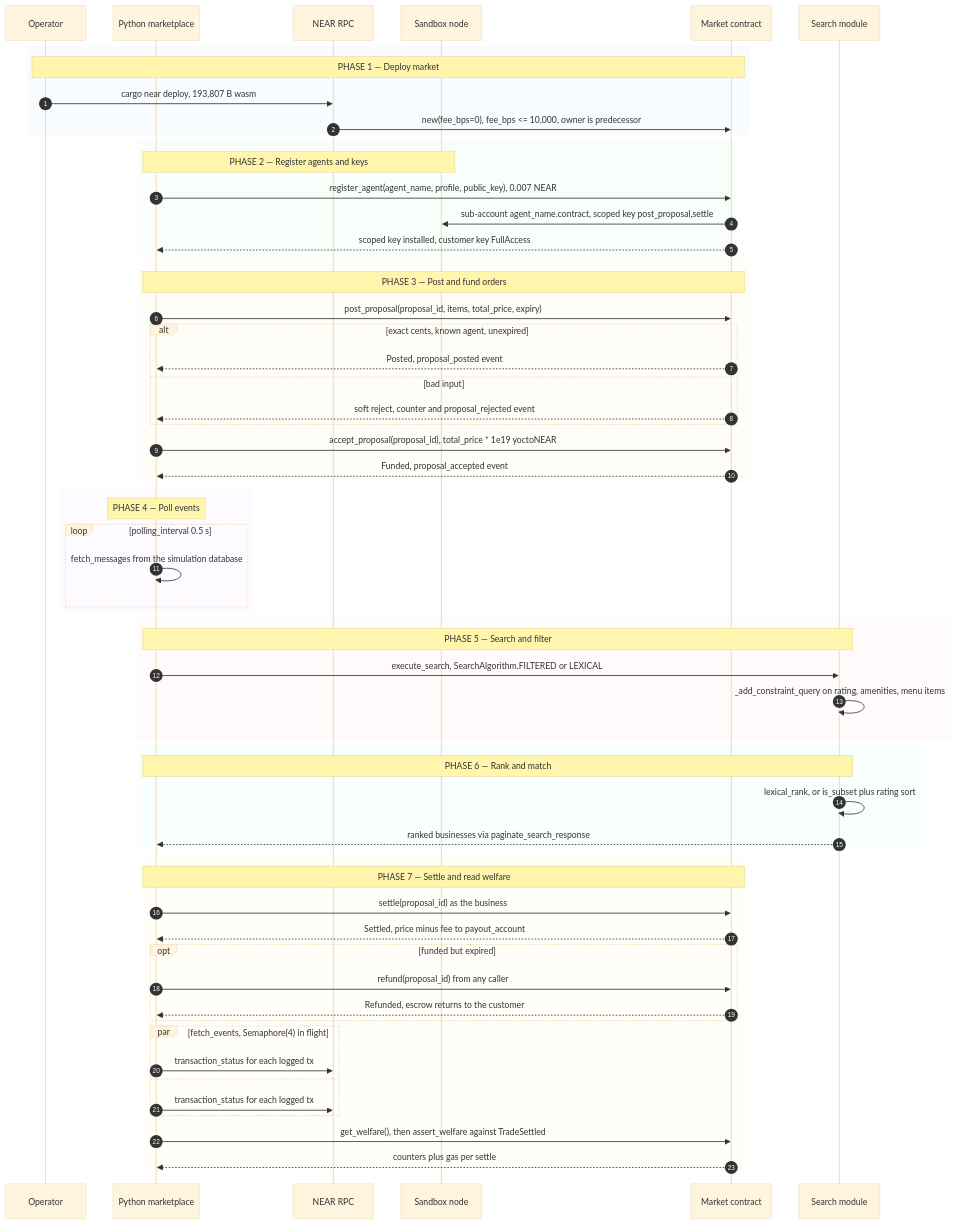
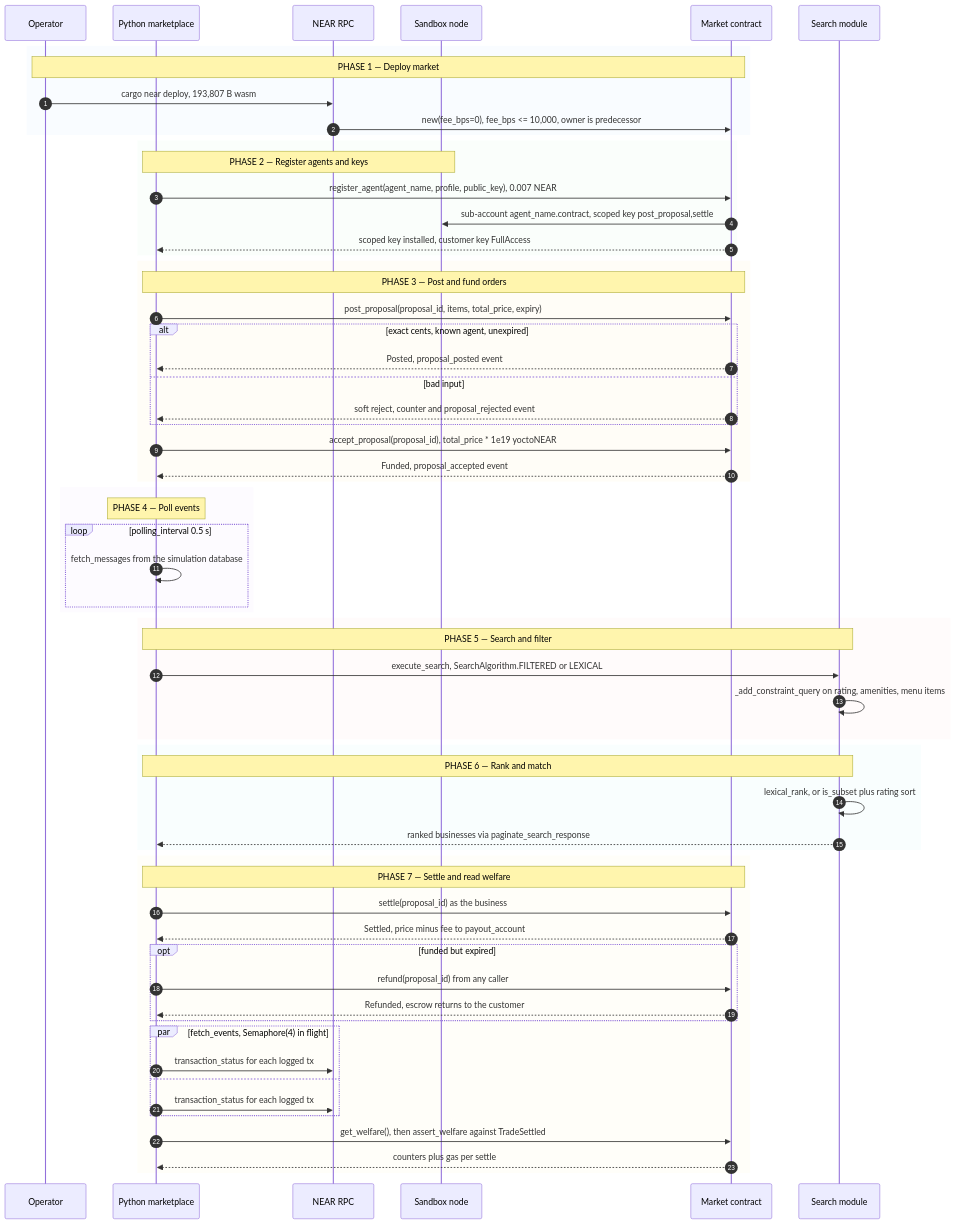
One commit to p3dr0-coder/two-sided-agent-market changed the diagram in README.md. Above: the diagram before and after it, drawn with Mermaid.

Commit message:
docs(ekklesia): let diagram follow the reader theme

````diff
--- a/README.md
+++ b/README.md
@@ -5,67 +5,66 @@
 ```mermaid
-%%{init: {"theme":"base","themeVariables":{"fontSize":"14px"}}}%%
 sequenceDiagram
     accTitle: ekklesia runtime flow
     accDescr: Operator deploys the market, registers agents, runs scripted orders, then settles and reads welfare.
     autonumber
     participant U as Operator
     participant P as Python marketplace
     participant R as NEAR RPC
     participant B as Sandbox node
     participant M as Market contract
     participant S as Search module
     rect rgba(226,238,255,0.20)
     Note over U,M: PHASE 1 — Deploy market
     U->>R: cargo near deploy, 193,807 B wasm
     R->>M: new(fee_bps=0), fee_bps <= 10,000, owner is predecessor
     end
     rect rgba(230,247,235,0.20)
     Note over P,B: PHASE 2 — Register agents and keys
     P->>M: register_agent(agent_name, profile, public_key), 0.007 NEAR
     M->>B: sub-account agent_name.contract, scoped key post_proposal,settle
     M-->>P: scoped key installed, customer key FullAccess
     end
     rect rgba(255,244,214,0.20)
     Note over P,M: PHASE 3 — Post and fund orders
     P->>M: post_proposal(proposal_id, items, total_price, expiry)
     alt exact cents, known agent, unexpired
     M-->>P: Posted, proposal_posted event
     else bad input
     M-->>P: soft reject, counter and proposal_rejected event
     end
     P->>M: accept_proposal(proposal_id), total_price * 1e19 yoctoNEAR
     M-->>P: Funded, proposal_accepted event
     end
     rect rgba(243,232,255,0.20)
     Note over P: PHASE 4 — Poll events
     loop polling_interval 0.5 s
     P->>P: fetch_messages from the simulation database
     end
     end
     rect rgba(255,232,232,0.20)
     Note over P,S: PHASE 5 — Search and filter
     P->>S: execute_search, SearchAlgorithm.FILTERED or LEXICAL
     S->>S: _add_constraint_query on rating, amenities, menu items
     end
     rect rgba(224,247,250,0.20)
     Note over P,S: PHASE 6 — Rank and match
     S->>S: lexical_rank, or is_subset plus rating sort
     S-->>P: ranked businesses via paginate_search_response
     end
     rect rgba(255,248,225,0.20)
     Note over P,M: PHASE 7 — Settle and read welfare
     P->>M: settle(proposal_id) as the business
     M-->>P: Settled, price minus fee to payout_account
     opt funded but expired
     P->>M: refund(proposal_id) from any caller
     M-->>P: Refunded, escrow returns to the customer
     end
     par fetch_events, Semaphore(4) in flight
     P->>R: transaction_status for each logged tx
     and
     P->>R: transaction_status for each logged tx
     end
     P->>M: get_welfare(), then assert_welfare against TradeSettled
     M-->>P: counters plus gas per settle
     end
 ```
````
